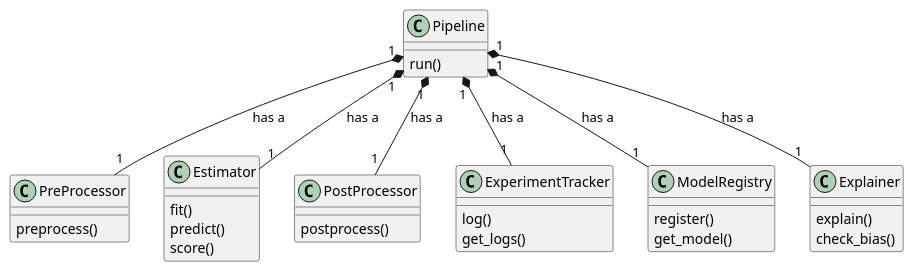
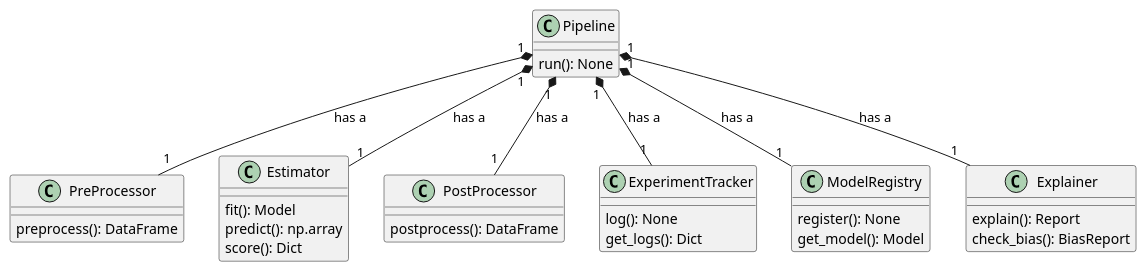
Before and after one commit to tloeber/ML-interfaces: the diagram in docs/uml/pipeline.puml, drawn with PlantUML.

Commit message:
Add types

```diff
--- a/docs/uml/pipeline.puml
+++ b/docs/uml/pipeline.puml
@@ -1,41 +1,41 @@
 @startuml
 class Pipeline {
-  run()
+  run(): None
 }
 
 class PreProcessor {
-  preprocess()
+  preprocess(): DataFrame
 }
 
 class Estimator {
-  fit()
-  predict()
-  score()
+  fit(): Model
+  predict(): np.array
+  score(): Dict
 }
 
 class PostProcessor {
-  postprocess()
+  postprocess(): DataFrame
 }
 
 class ExperimentTracker {
-  log()
-  get_logs()
+  log(): None
+  get_logs(): Dict
 }
 
 class ModelRegistry {
-  register()
-  get_model()
+  register(): None
+  get_model(): Model
 }
 
 class Explainer {
-  explain()
-  check_bias()
+  explain(): Report
+  check_bias(): BiasReport
 }
 
 Pipeline "1" *-- "1" PreProcessor : has a
 Pipeline "1" *-- "1" Estimator : has a
 Pipeline "1" *-- "1" PostProcessor : has a
 Pipeline "1" *-- "1" ExperimentTracker : has a
 Pipeline "1" *-- "1" ModelRegistry : has a
 Pipeline "1" *-- "1" Explainer : has a
 @enduml
```
